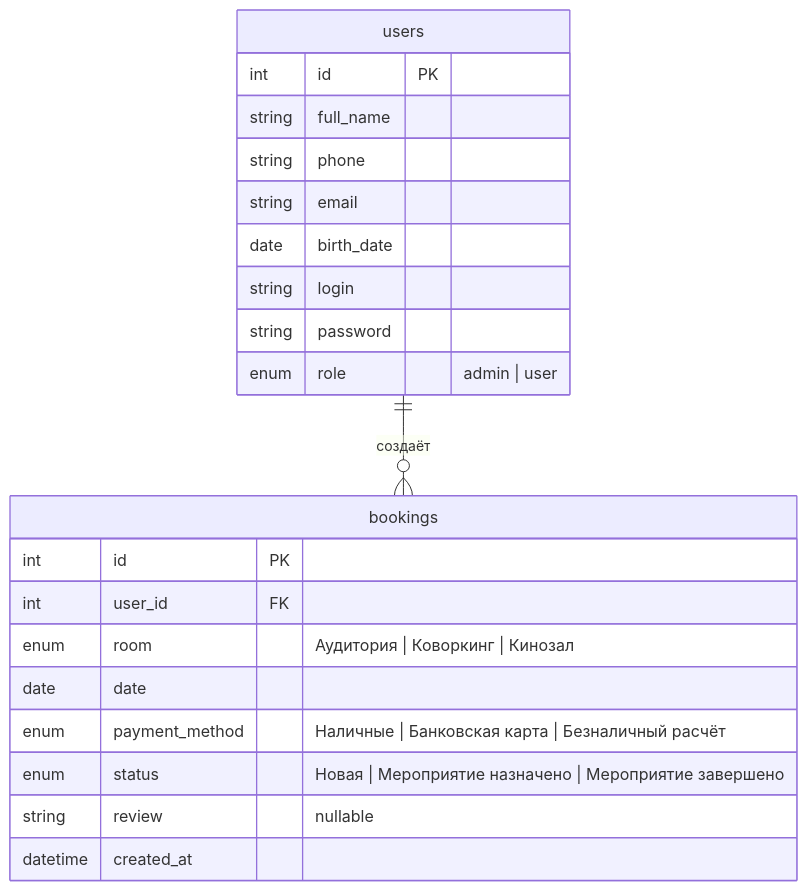
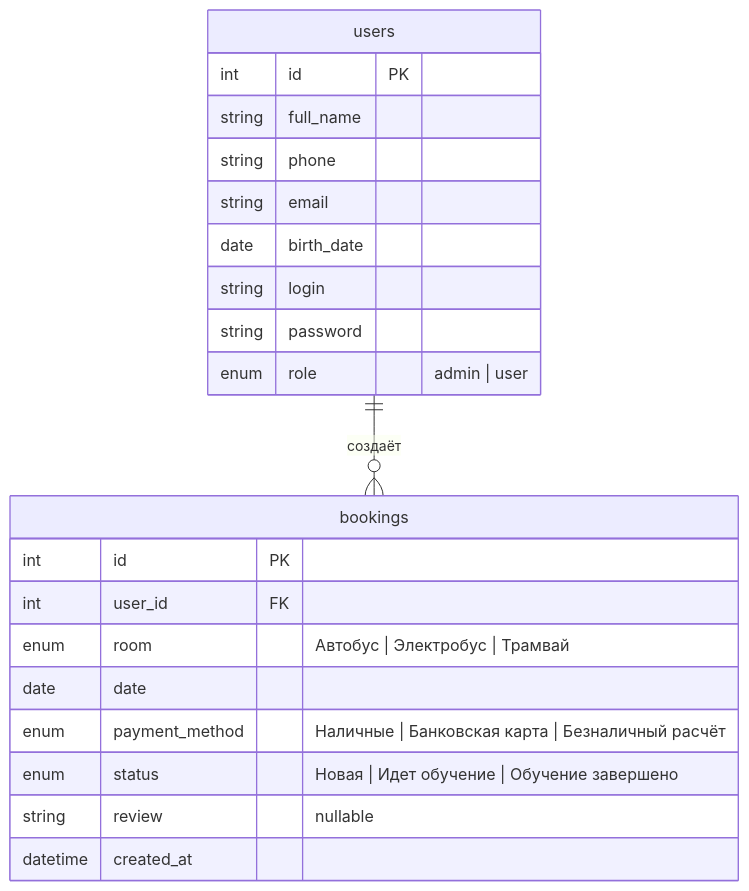
Before and after one commit to ROYWOODEN/demo-me: the diagram in README.md, drawn with Mermaid. The commit also changed other lines of this file and 13 other files, not shown here.

````diff
--- a/README.md
+++ b/README.md
@@ -17,26 +18,26 @@
 ```mermaid
 erDiagram
     users ||--o{ bookings : "создаёт"
 
     users {
         int id PK
         string full_name
         string phone
         string email
         date birth_date
         string login
         string password
         enum role "admin | user"
     }
 
     bookings {
         int id PK
         int user_id FK
-        enum room "Аудитория | Коворкинг | Кинозал"
+        enum room "Автобус | Электробус | Трамвай"
         date date
         enum payment_method "Наличные | Банковская карта | Безналичный расчёт"
-        enum status "Новая | Мероприятие назначено | Мероприятие завершено"
+        enum status "Новая | Идет обучение | Обучение завершено"
         string review "nullable"
         datetime created_at
     }
 ```
````
